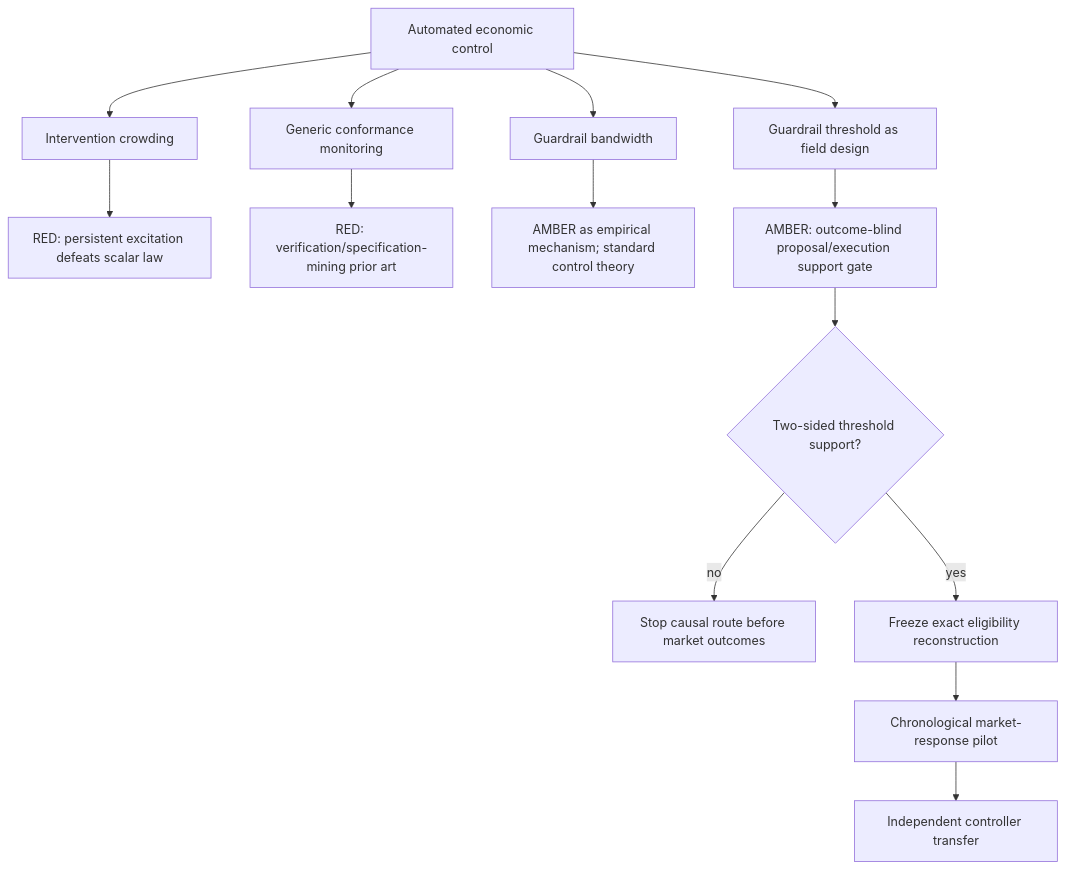
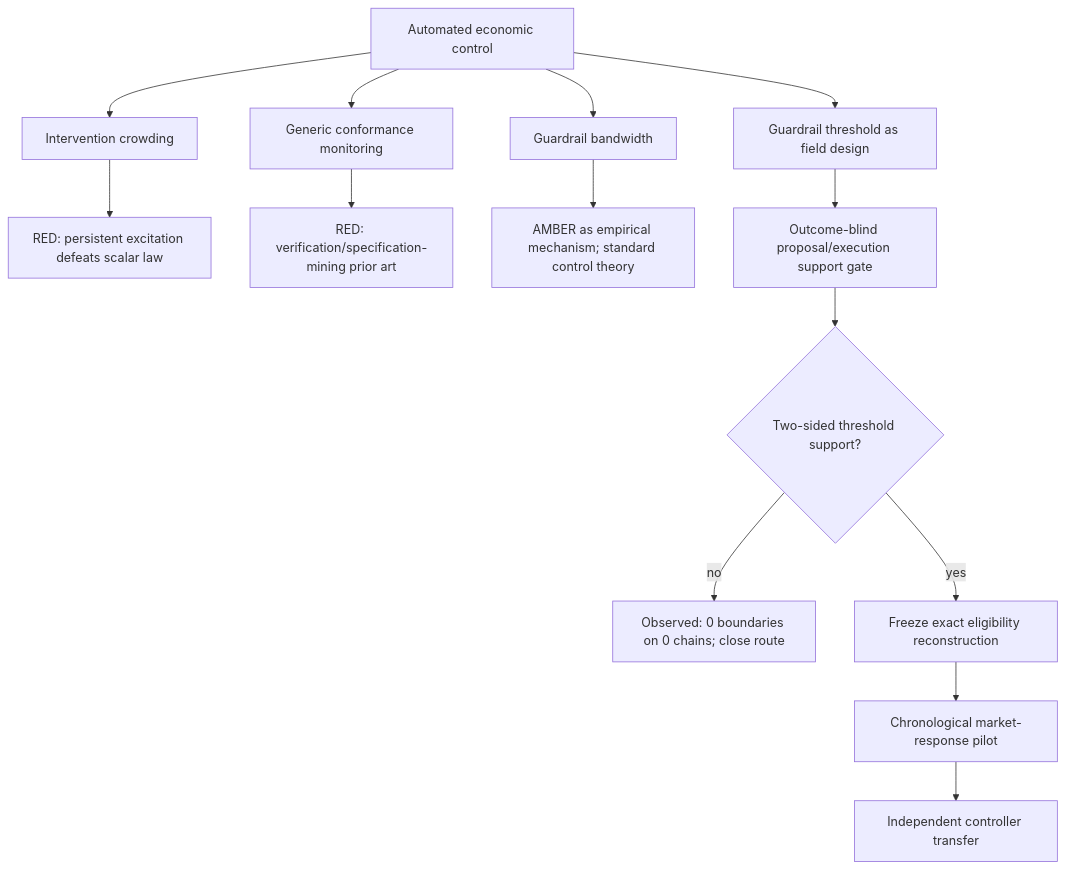
One commit to howardwang1997/ecophys changed the diagram in papers/proposal/post_aave_problem_map_2026-08-20.md. Above: the diagram before and after it, drawn with Mermaid. The commit also changed other lines of this file and 9 other files, not shown here.

````diff
--- a/papers/proposal/post_aave_problem_map_2026-08-20.md
+++ b/papers/proposal/post_aave_problem_map_2026-08-20.md
@@ -39,18 +40,18 @@
 ```mermaid
 flowchart TD
     R[Automated economic control] --> C[Intervention crowding]
     R --> V[Generic conformance monitoring]
     R --> B[Guardrail bandwidth]
     R --> G[Guardrail threshold as field design]
 
     C --> CR[RED: persistent excitation defeats scalar law]
     V --> VR[RED: verification/specification-mining prior art]
     B --> BA[AMBER as empirical mechanism; standard control theory]
-    G --> D0[AMBER: outcome-blind proposal/execution support gate]
+    G --> D0[Outcome-blind proposal/execution support gate]
 
     D0 --> S{Two-sided threshold support?}
-    S -- no --> STOP[Stop causal route before market outcomes]
+    S -- no --> STOP[Observed: 0 boundaries on 0 chains; close route]
     S -- yes --> D1[Freeze exact eligibility reconstruction]
     D1 --> D2[Chronological market-response pilot]
     D2 --> X[Independent controller transfer]
 ```
````
